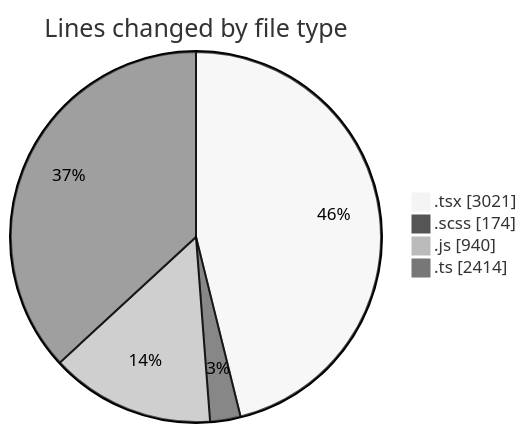
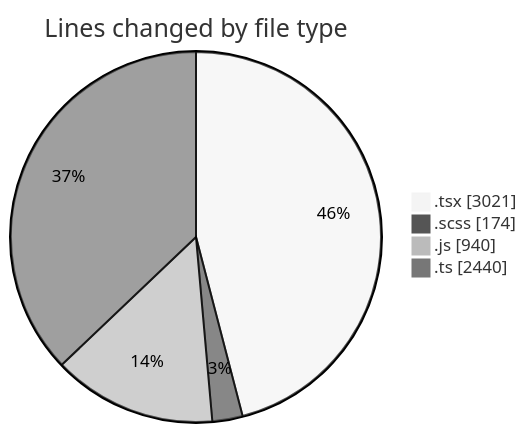
The first of 2 diagrams in 2026-07-15/cda/README.md (momahboobian/code-tracking), drawn with Mermaid (neutral theme) before and after one commit. The commit also changed other lines of this file and 1 other file, not shown here.

````diff
--- a/2026-07-15/cda/README.md
+++ b/2026-07-15/cda/README.md
@@ -51,8 +51,8 @@
 ```mermaid
 pie showData
 title Lines changed by file type
 ".tsx" : 3021
 ".scss" : 174
 ".js" : 940
-".ts" : 2414
+".ts" : 2440
 ```
````
